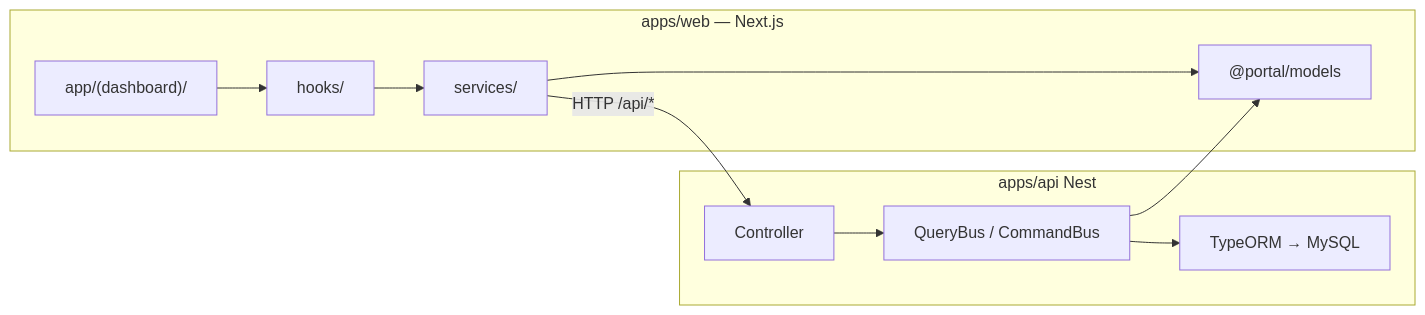
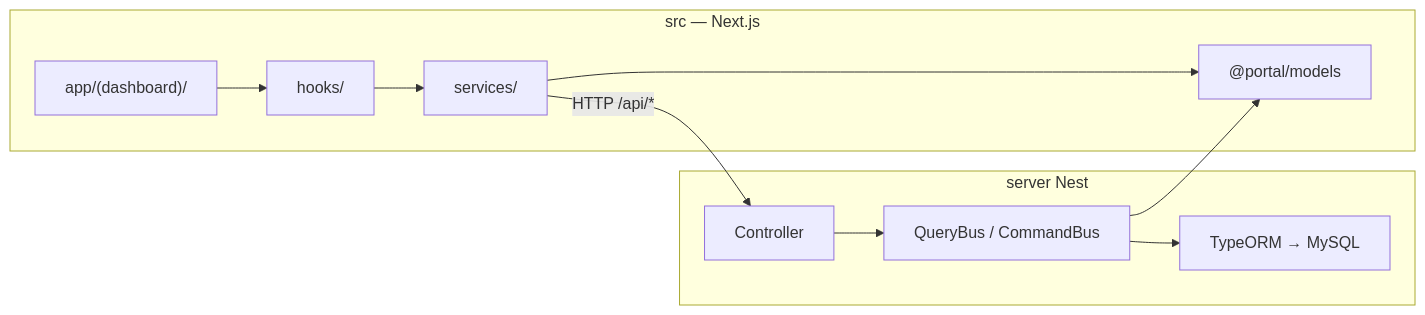
One commit to raintr91/next_nest changed the second of 4 diagrams in docs/operational/WIRE-PHASE-DIAGRAM.md. Above: the diagram before and after it, drawn with Mermaid. The commit also changed other lines of this file and 233 other files, not shown here.

````diff
--- a/docs/operational/WIRE-PHASE-DIAGRAM.md
+++ b/docs/operational/WIRE-PHASE-DIAGRAM.md
@@ -56,21 +56,21 @@
 ```mermaid
 flowchart LR
-  subgraph FE["apps/web — Next.js"]
+  subgraph FE["src — Next.js"]
     P["app/(dashboard)/"]
     HO[hooks/]
     SV[services/]
     MO["@portal/models"]
   end
 
-  subgraph API["apps/api Nest"]
+  subgraph API["server Nest"]
     CTL[Controller]
     CQRS[QueryBus / CommandBus]
     ORM[TypeORM → MySQL]
   end
 
   P --> HO --> SV
   SV -->|"HTTP /api/*"| CTL
   CTL --> CQRS --> ORM
   SV --> MO
   CQRS --> MO
 ```
````
